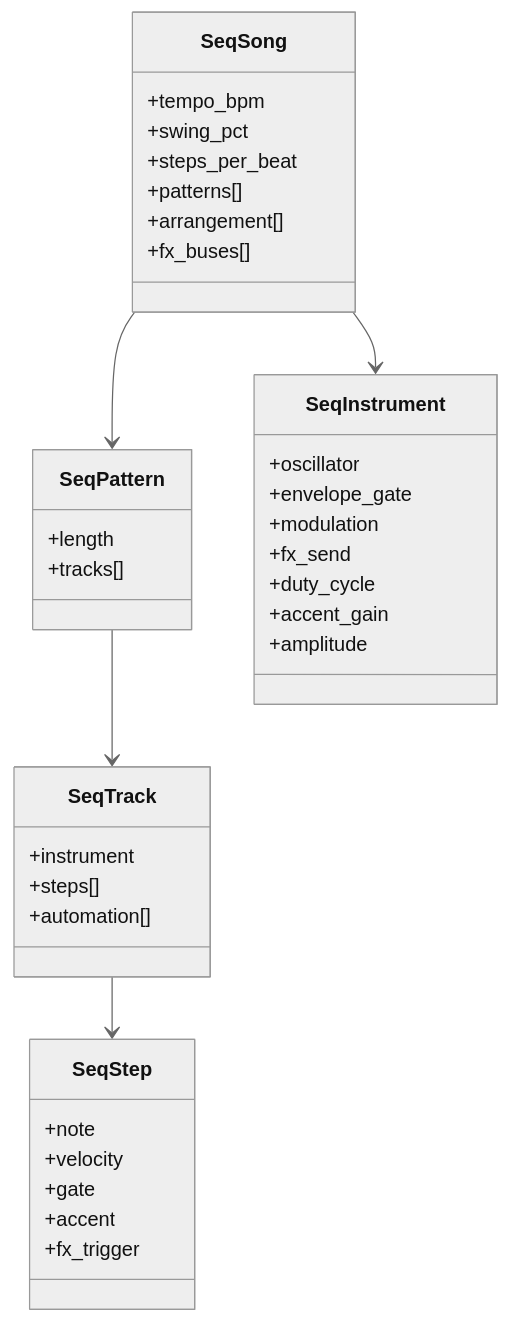
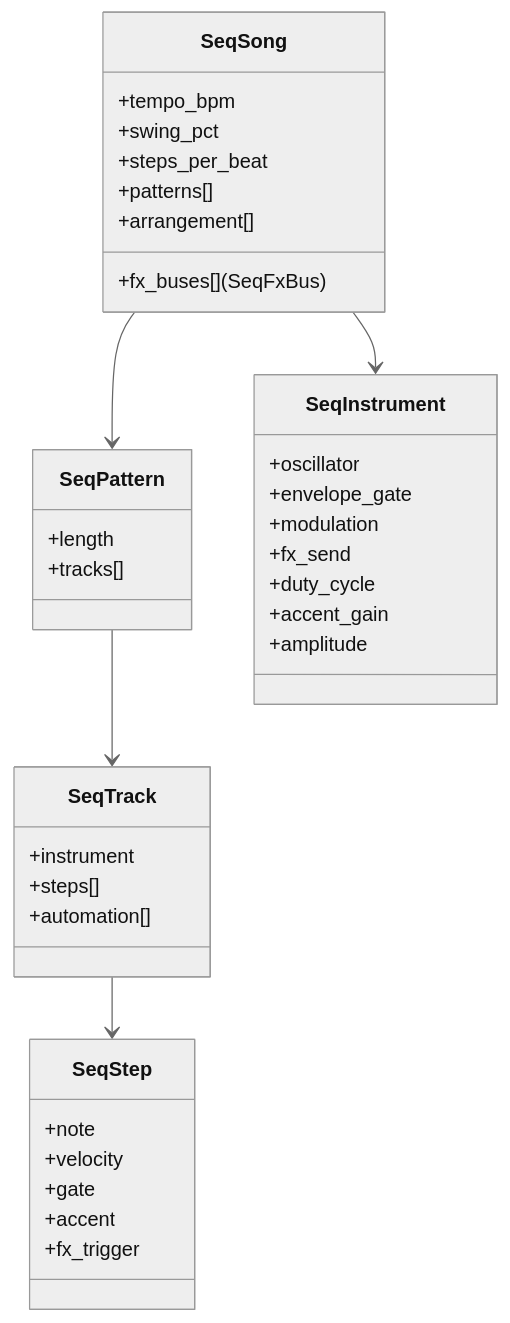
Before and after one commit to chussenot/memdeck: the second of 3 diagrams in docs/audio-architecture.md, drawn with Mermaid (neutral theme). The commit also changed other lines of this file and 13 other files, not shown here.

First line of the commit message:
feat(audio): add deterministic FX bus layer and integrate sequencer path

````diff
--- a/docs/audio-architecture.md
+++ b/docs/audio-architecture.md
@@ -29,40 +31,40 @@
 ```mermaid
 classDiagram
     class SeqSong {
         +tempo_bpm
         +swing_pct
         +steps_per_beat
         +patterns[]
         +arrangement[]
-        +fx_buses[]
+        +fx_buses[] (SeqFxBus)
     }
     class SeqPattern {
         +length
         +tracks[]
     }
     class SeqTrack {
         +instrument
         +steps[]
         +automation[]
     }
     class SeqStep {
         +note
         +velocity
         +gate
         +accent
         +fx_trigger
     }
     class SeqInstrument {
         +oscillator
         +envelope_gate
         +modulation
         +fx_send
         +duty_cycle
         +accent_gain
         +amplitude
     }
     SeqSong --> SeqPattern
     SeqPattern --> SeqTrack
     SeqTrack --> SeqStep
     SeqSong --> SeqInstrument
 ```
````
